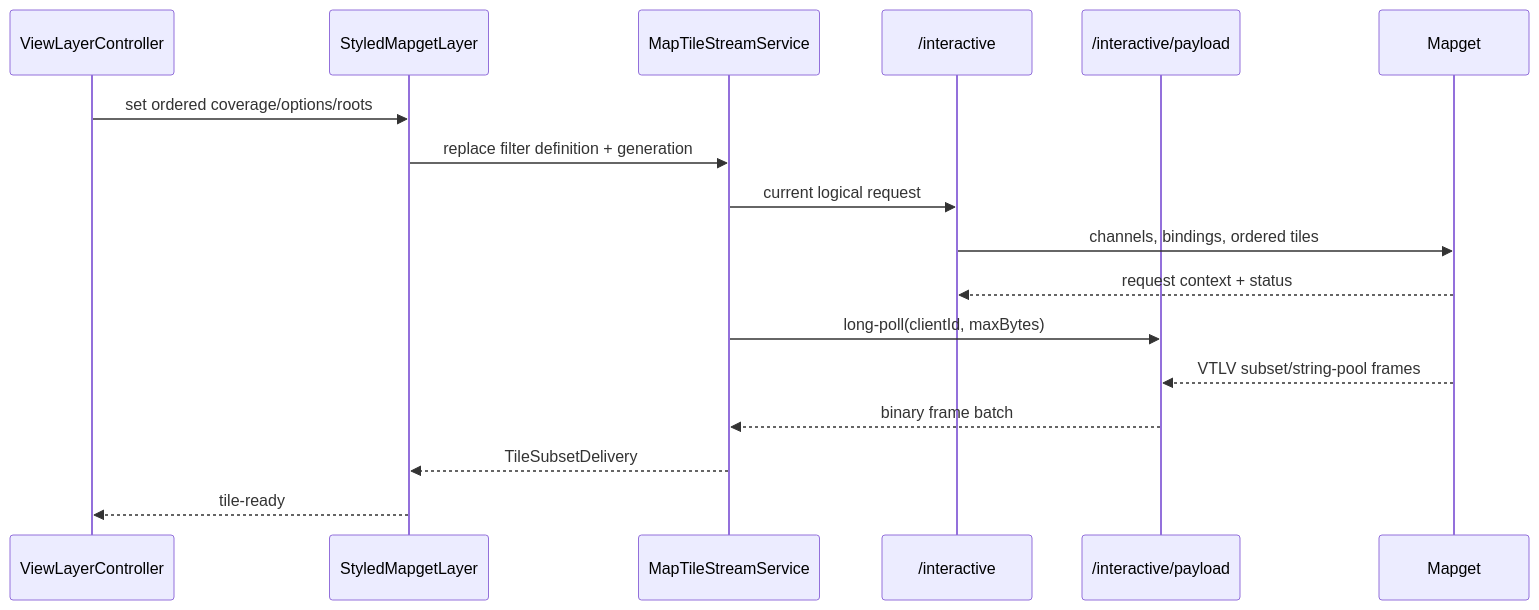
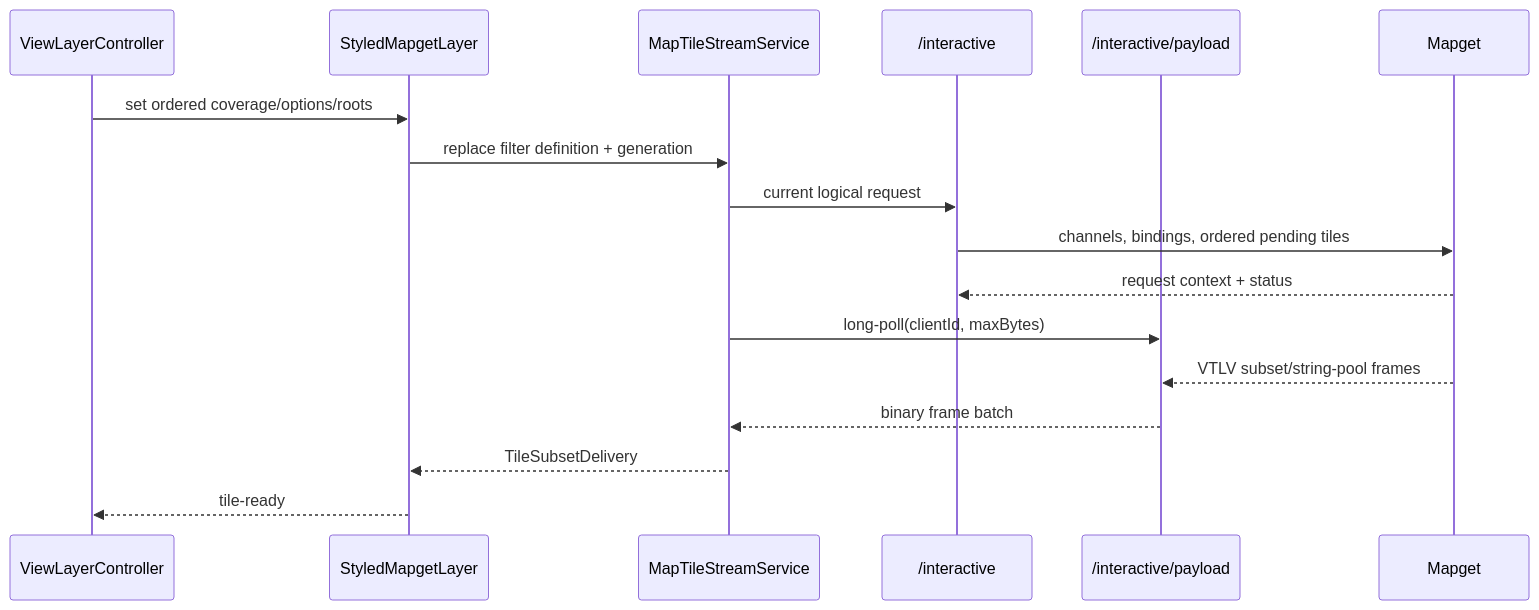
One commit to ndsev/erdblick changed the second of 2 diagrams in docs/erdblick-dev-guide.md. Above: the diagram before and after it, drawn with Mermaid. The commit also changed other lines of this file and 69 other files, not shown here.

````diff
--- a/docs/erdblick-dev-guide.md
+++ b/docs/erdblick-dev-guide.md
@@ -195,20 +196,20 @@
 ```mermaid
 sequenceDiagram
   participant Controller as ViewLayerController
   participant Styled as StyledMapgetLayer
   participant Stream as MapTileStreamService
   participant WS as /interactive
   participant Pull as /interactive/payload
   participant Mapget
 
   Controller->>Styled: set ordered coverage/options/roots
   Styled->>Stream: replace filter definition + generation
   Stream->>WS: current logical request
-  WS->>Mapget: channels, bindings, ordered tiles
+  WS->>Mapget: channels, bindings, ordered pending tiles
   Mapget-->>WS: request context + status
   Stream->>Pull: long-poll(clientId, maxBytes)
   Mapget-->>Pull: VTLV subset/string-pool frames
   Pull-->>Stream: binary frame batch
   Stream-->>Styled: TileSubsetDelivery
   Styled-->>Controller: tile-ready
 ```
````
